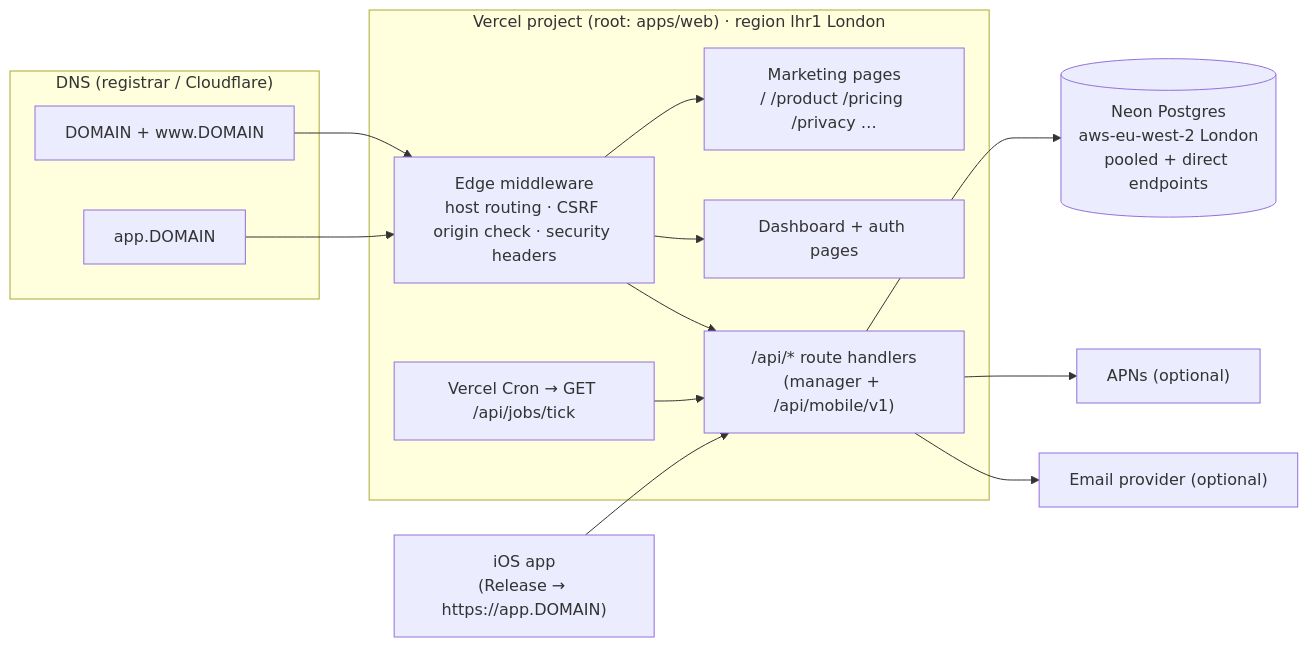
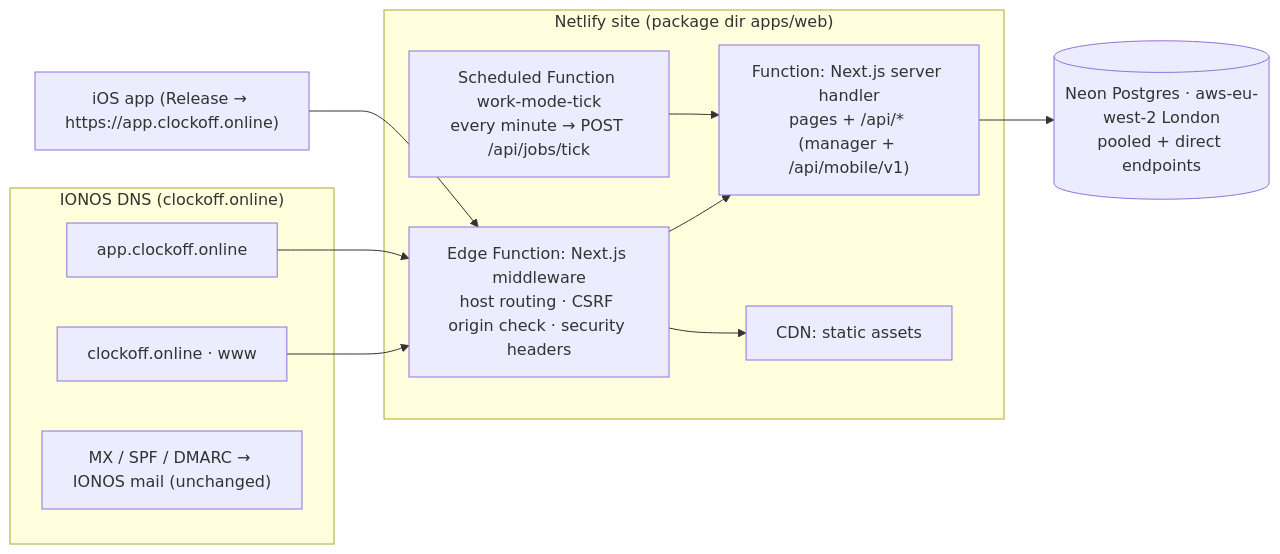
The diagram in docs/DEPLOYMENT.md (FrxshCutt/clockoff), drawn with Mermaid before and after one commit. The commit also changed other lines of this file and 24 other files, not shown here.

First line of the commit message:
Switch deployment target to Netlify + Neon + IONOS DNS (clockoff.online)

````diff
--- a/docs/DEPLOYMENT.md
+++ b/docs/DEPLOYMENT.md
@@ -10,27 +10,24 @@
 ```mermaid
 flowchart LR
-  subgraph DNS["DNS (registrar / Cloudflare)"]
-    APEX["DOMAIN + www.DOMAIN"]
-    APP["app.DOMAIN"]
+  subgraph IONOS["IONOS DNS (clockoff.online)"]
+    APEX["clockoff.online · www"]
+    APP["app.clockoff.online"]
+    MAILREC["MX / SPF / DMARC → IONOS mail (unchanged)"]
   end
-  subgraph Vercel["Vercel project (root: apps/web) · region lhr1 London"]
-    MW["Edge middleware\nhost routing · CSRF origin check · security headers"]
-    MKT["Marketing pages\n/ /product /pricing /privacy …"]
-    DASH["Dashboard + auth pages"]
-    API["/api/* route handlers\n(manager + /api/mobile/v1)"]
-    CRON["Vercel Cron → GET /api/jobs/tick"]
+  subgraph Netlify["Netlify site (package dir apps/web)"]
+    EDGE["Edge Function: Next.js middleware\nhost routing · CSRF origin check · security headers"]
+    SRV["Function: Next.js server handler\npages + /api/* (manager + /api/mobile/v1)"]
+    SCHED["Scheduled Function work-mode-tick\nevery minute → POST /api/jobs/tick"]
+    CDN["CDN: static assets"]
   end
-  NEON[("Neon Postgres\naws-eu-west-2 London\npooled + direct endpoints")]
-  IOS["iOS app\n(Release → https://app.DOMAIN)"]
-  APNS["APNs (optional)"]
-  MAIL["Email provider (optional)"]
+  NEON[("Neon Postgres · aws-eu-west-2 London\npooled + direct endpoints")]
+  IOS["iOS app (Release → https://app.clockoff.online)"]
 
-  APEX --> MW --> MKT
-  APP --> MW --> DASH
-  MW --> API
-  IOS --> API
-  API --> NEON
-  CRON --> API
-  API --> APNS
-  API --> MAIL
+  APEX --> EDGE
+  APP --> EDGE
+  EDGE --> SRV
+  EDGE --> CDN
+  IOS --> EDGE
+  SCHED --> SRV
+  SRV --> NEON
 ```
````
